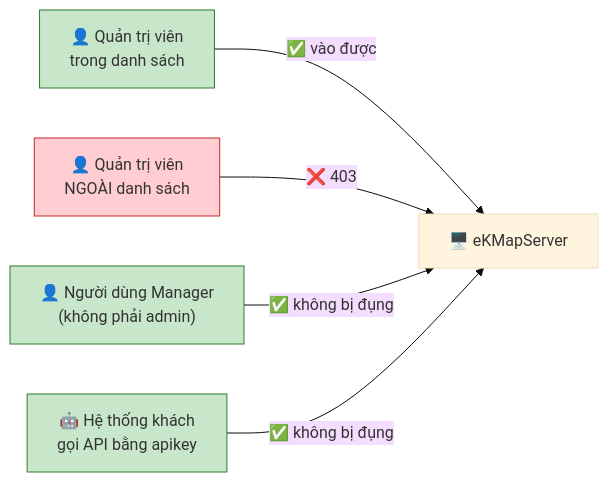
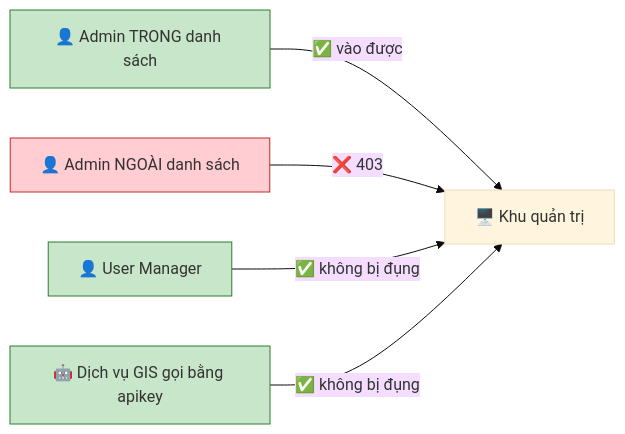
Before and after one commit to giangvanhung/mkdocs-antoanbaomat-ekmapserver: the first of 5 diagrams in docs/admin-ip-restriction-feature.md, drawn with Mermaid (base theme). The commit also changed other lines of this file and 6 other files, not shown here.

````diff
--- a/docs/admin-ip-restriction-feature.md
+++ b/docs/admin-ip-restriction-feature.md
@@ -23,12 +7,12 @@
 ```mermaid
 flowchart LR
-    A["👤 Quản trị viên<br/>trong danh sách"] -->|"✅ vào được"| S["🖥️ eKMapServer"]
-    B["👤 Quản trị viên<br/>NGOÀI danh sách"] -->|"❌ 403"| S
-    C["👤 Người dùng Manager<br/>(không phải admin)"] -->|"✅ không bị đụng"| S
-    D["🤖 Hệ thống khách<br/>gọi API bằng apikey"] -->|"✅ không bị đụng"| S
+    A["👤 Admin TRONG danh sách"] -->|"✅ vào được"| S["🖥️ Khu quản trị"]
+    B["👤 Admin NGOÀI danh sách"] -->|"❌ 403"| S
+    C["👤 User Manager"] -->|"✅ không bị đụng"| S
+    D["🤖 Dịch vụ GIS gọi bằng apikey"] -->|"✅ không bị đụng"| S
 
     style B fill:#ffcdd2,stroke:#c62828
     style A fill:#c8e6c9,stroke:#2e7d32
     style C fill:#c8e6c9,stroke:#2e7d32
     style D fill:#c8e6c9,stroke:#2e7d32
 ```
````
